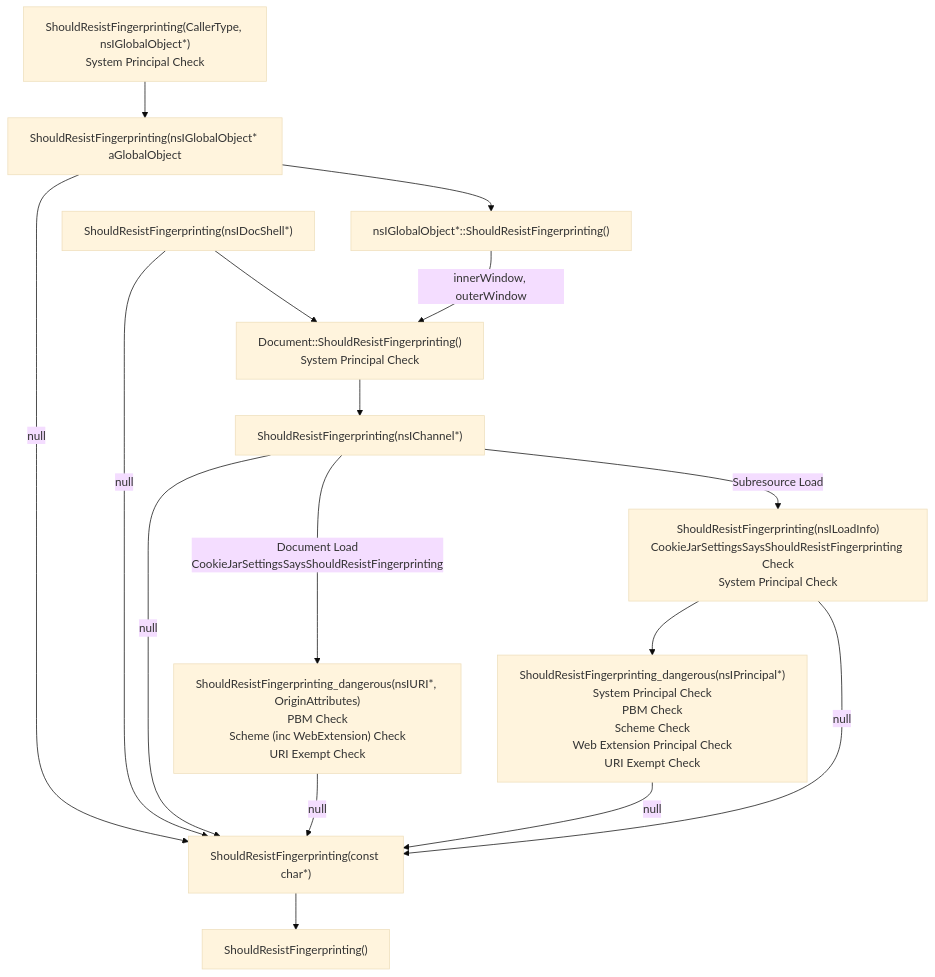
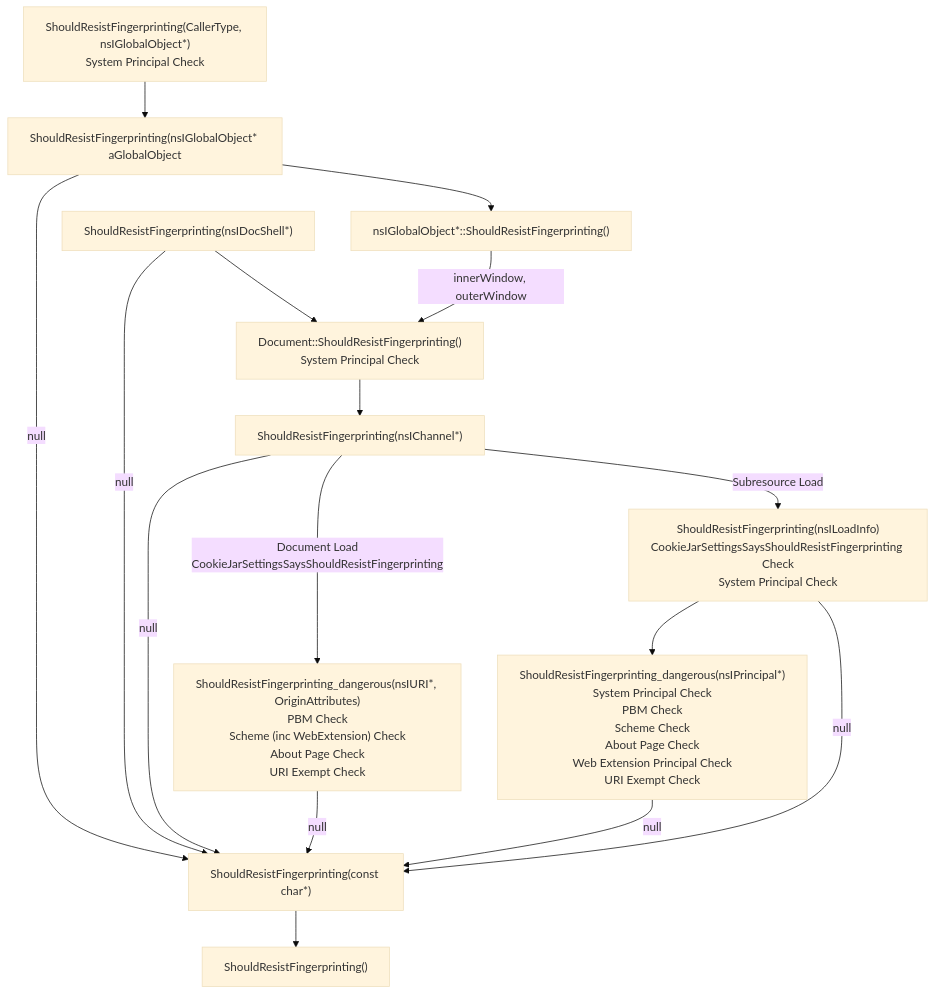
The diagram in toolkit/components/resistfingerprinting/docs/implementation.rst (Floorp-Projects/Floorp), drawn with Mermaid (base theme) before and after one commit. The commit also changed 3 other files, not shown here.

```diff
--- a/toolkit/components/resistfingerprinting/docs/implementation.rst
+++ b/toolkit/components/resistfingerprinting/docs/implementation.rst
@@ -9,60 +9,60 @@
 .. mermaid::
 
 	graph TD
 	  SRFP["ShouldResistFingerprinting()"]
 	  click SRFP href "https://searchfox.org/mozilla-central/search?q=symbol:_ZN14nsContentUtils26ShouldResistFingerprintingEN7mozilla9RFPTargetE&redirect=false"
 
 	  SRGP_GO["ShouldResistFingerprinting(nsIGlobalObject* aGlobalObject"]
 	  click SRGP_GO href "https://searchfox.org/mozilla-central/search?q=symbol:_ZN14nsContentUtils26ShouldResistFingerprintingEP15nsIGlobalObjectN7mozilla9RFPTargetE&redirect=false"
 
 	  GO_SRFP["nsIGlobalObject*::ShouldResistFingerprinting()"]
 	  click GO_SRFP href "https://searchfox.org/mozilla-central/search?q=symbol:_ZNK15nsIGlobalObject26ShouldResistFingerprintingEN7mozilla9RFPTargetE&redirect=false"
 
 	  Doc_SRFP["Document::ShouldResistFingerprinting()<br />System Principal Check"]
 	  click Doc_SRFP href "https://searchfox.org/mozilla-central/search?q=symbol:_ZNK7mozilla3dom8Document26ShouldResistFingerprintingENS_9RFPTargetE&redirect=false"
 
 	  SRFP_char["ShouldResistFingerprinting(const char*)"]
 	  click SRFP_char href "https://searchfox.org/mozilla-central/search?q=symbol:_ZN14nsContentUtils26ShouldResistFingerprintingEPKcN7mozilla9RFPTargetE&redirect=false"
 
 	  SRFP_callertype_go["ShouldResistFingerprinting(CallerType, nsIGlobalObject*)<br />System Principal Check"]
 	  click SRFP_callertype_go href "https://searchfox.org/mozilla-central/search?q=symbol:_ZN14nsContentUtils26ShouldResistFingerprintingEN7mozilla3dom10CallerTypeEP15nsIGlobalObjectNS0_9RFPTargetE&redirect=false"
 
 	  SRFP_docshell["ShouldResistFingerprinting(nsIDocShell*)"]
 	  click SRFP_docshell href "https://searchfox.org/mozilla-central/search?q=symbol:_ZN14nsContentUtils26ShouldResistFingerprintingEP11nsIDocShellN7mozilla9RFPTargetE&redirect=false"
 
 	  SRFP_channel["ShouldResistFingerprinting(nsIChannel*)"]
 	  click SRFP_channel href "https://searchfox.org/mozilla-central/search?q=symbol:_ZN14nsContentUtils26ShouldResistFingerprintingEP10nsIChannelN7mozilla9RFPTargetE&redirect=false"
 
-	  SRFP_uri["ShouldResistFingerprinting_dangerous(nsIURI*, OriginAttributes)<br />PBM Check<br />Scheme (inc WebExtension) Check<br />URI Exempt Check"]
+	  SRFP_uri["ShouldResistFingerprinting_dangerous(nsIURI*, OriginAttributes)<br />PBM Check<br />Scheme (inc WebExtension) Check<br />About Page Check<br />URI Exempt Check"]
 	  click SRFP_uri href "https://searchfox.org/mozilla-central/search?q=symbol:_ZN14nsContentUtils36ShouldResistFingerprinting_dangerousEP6nsIURIRKN7mozilla16OriginAttributesEPKcNS2_9RFPTargetE&redirect=false"
 
 	  SRFP_loadinfo["ShouldResistFingerprinting(nsILoadInfo)<br />CookieJarSettingsSaysShouldResistFingerprinting Check<br />System Principal Check"]
 	  click SRFP_loadinfo href "https://searchfox.org/mozilla-central/search?q=symbol:_ZN14nsContentUtils26ShouldResistFingerprintingEP11nsILoadInfoN7mozilla9RFPTargetE&redirect=false"
 
-	  SRFP_principal["ShouldResistFingerprinting_dangerous(nsIPrincipal*)<br />System Principal Check<br />PBM Check<br />Scheme Check<br />Web Extension Principal Check<br />URI Exempt Check"]
+	  SRFP_principal["ShouldResistFingerprinting_dangerous(nsIPrincipal*)<br />System Principal Check<br />PBM Check<br />Scheme Check<br />About Page Check<br />Web Extension Principal Check<br />URI Exempt Check"]
 	  click SRFP_principal href "https://searchfox.org/mozilla-central/search?q=symbol:_ZN14nsContentUtils36ShouldResistFingerprinting_dangerousEP12nsIPrincipalPKcN7mozilla9RFPTargetE&redirect=false"
 
 
 
 
 	  SRFP_principal --> |null| SRFP_char
 
 	  SRFP_loadinfo --> SRFP_principal
 	  SRFP_loadinfo --> |null| SRFP_char
 
 	  SRFP_uri --> |null| SRFP_char
 
 	  SRFP_channel -->|null| SRFP_char
 	  SRFP_channel --> |Document Load<br />CookieJarSettingsSaysShouldResistFingerprinting| SRFP_uri
 	  SRFP_channel --> |Subresource Load| SRFP_loadinfo
 
 	  SRFP_docshell -->|null| SRFP_char
 	  SRFP_docshell --> Doc_SRFP
 
 	  SRFP_callertype_go --> SRGP_GO
 	  SRFP_char --> SRFP
 	  SRGP_GO -->|null| SRFP_char
 	  SRGP_GO --> GO_SRFP
 
 	  GO_SRFP --> |innerWindow, outerWindow| Doc_SRFP
 	  Doc_SRFP --> SRFP_channel
```
